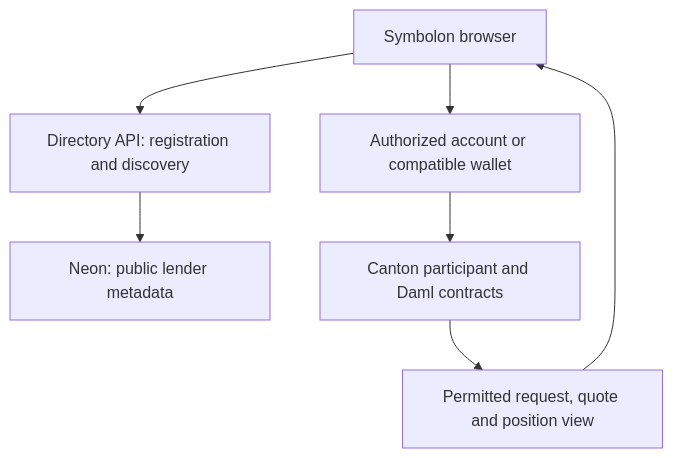
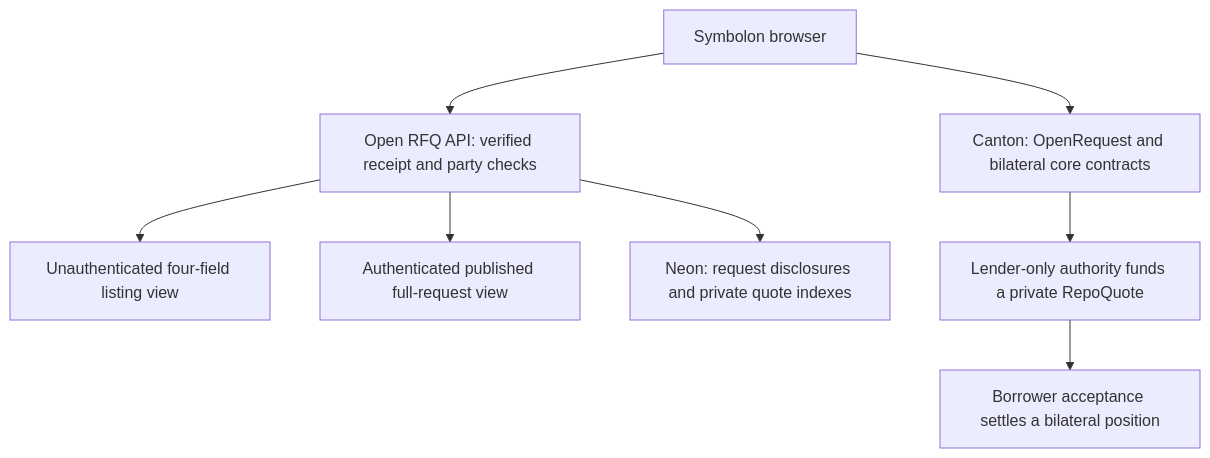
The diagram in docs/gitbook/architecture/overview.md (EndPx/symbolon), drawn with Mermaid before and after one commit. The commit also changed other lines of this file and 49 other files, not shown here.

Commit message:
Publish direct request guides, visibility matrix and verified DevNet cycle

````diff
--- a/docs/gitbook/architecture/overview.md
+++ b/docs/gitbook/architecture/overview.md
@@ -21,9 +19,10 @@
 ```mermaid
 flowchart TB
-    App["Symbolon browser"] --> Directory["Directory API: registration and discovery"]
-    Directory --> DB["Neon: public lender metadata"]
-    App --> Identity["Authorized account or compatible wallet"]
-    Identity --> Ledger["Canton participant and Daml contracts"]
-    Ledger --> View["Permitted request, quote and position view"]
-    View --> App
+    App["Symbolon browser"] --> API["Open RFQ API: verified receipt and party checks"]
+    API --> Minimal["Unauthenticated four-field listing view"]
+    API --> Pricing["Authenticated published full-request view"]
+    API --> DB["Neon: request disclosures and private quote indexes"]
+    App --> Ledger["Canton: OpenRequest and bilateral core contracts"]
+    Ledger --> Quote["Lender-only authority funds a private RepoQuote"]
+    Quote --> Position["Borrower acceptance settles a bilateral position"]
 ```
````
